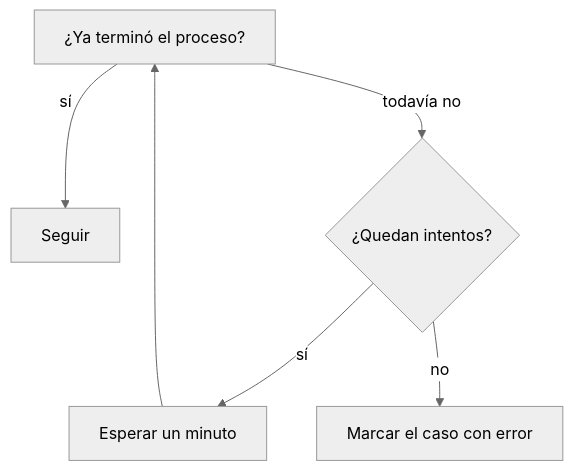
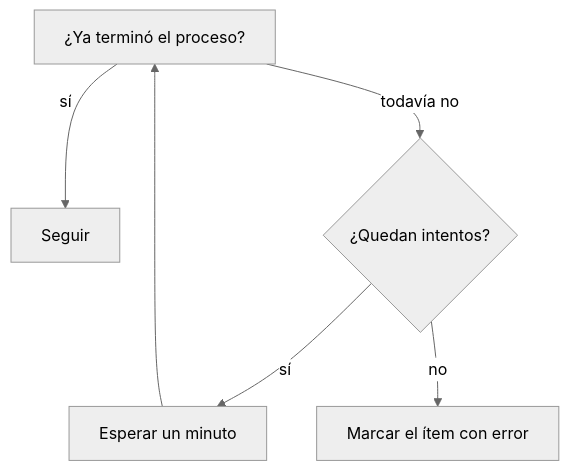
One commit to EasyIndustry/workflow-bot-core changed the fifth of 6 diagrams in backend/docs/descripcion/que-es-bot-core.md. Above: the diagram before and after it, drawn with Mermaid (neutral theme). The commit also changed other lines of this file and 4 other files, not shown here.

First line of the commit message:
docs: «ítem» en vez de «caso» en la descripción, y bump a 1.0.1

````diff
--- a/backend/docs/descripcion/que-es-bot-core.md
+++ b/backend/docs/descripcion/que-es-bot-core.md
@@ -172,9 +172,9 @@
 ```mermaid
 %% nombre: reintentos
 flowchart TD
     A[¿Ya terminó el proceso?] -->|sí| B[Seguir]
     A -->|todavía no| C{¿Quedan intentos?}
     C -->|sí| D[Esperar un minuto]
     D --> A
-    C -->|no| E[Marcar el caso con error]
+    C -->|no| E[Marcar el ítem con error]
 ```
````
